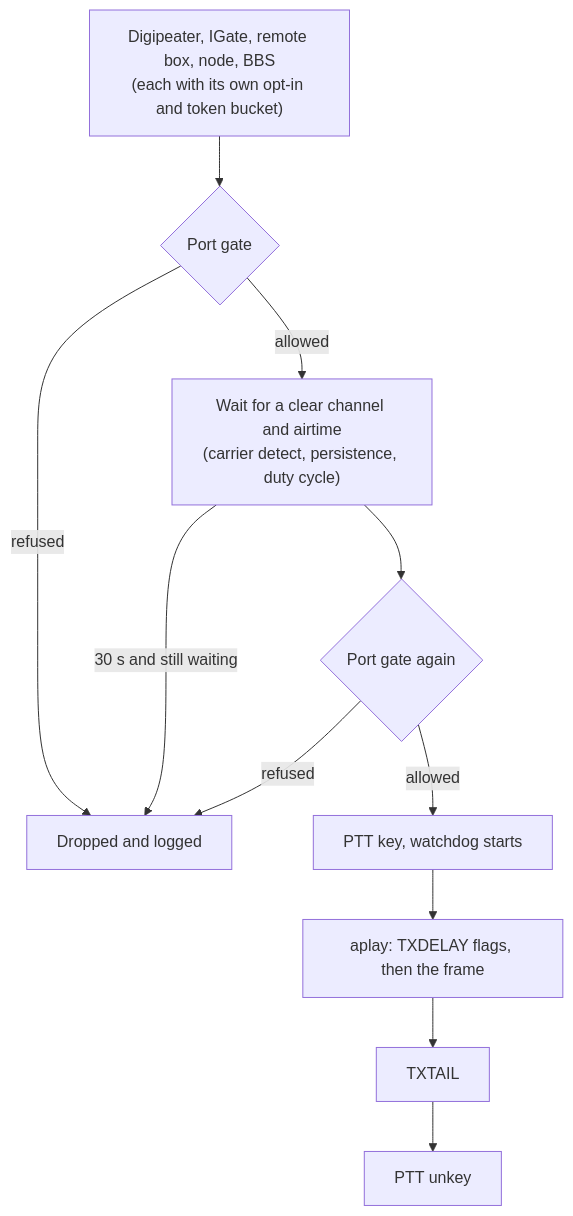
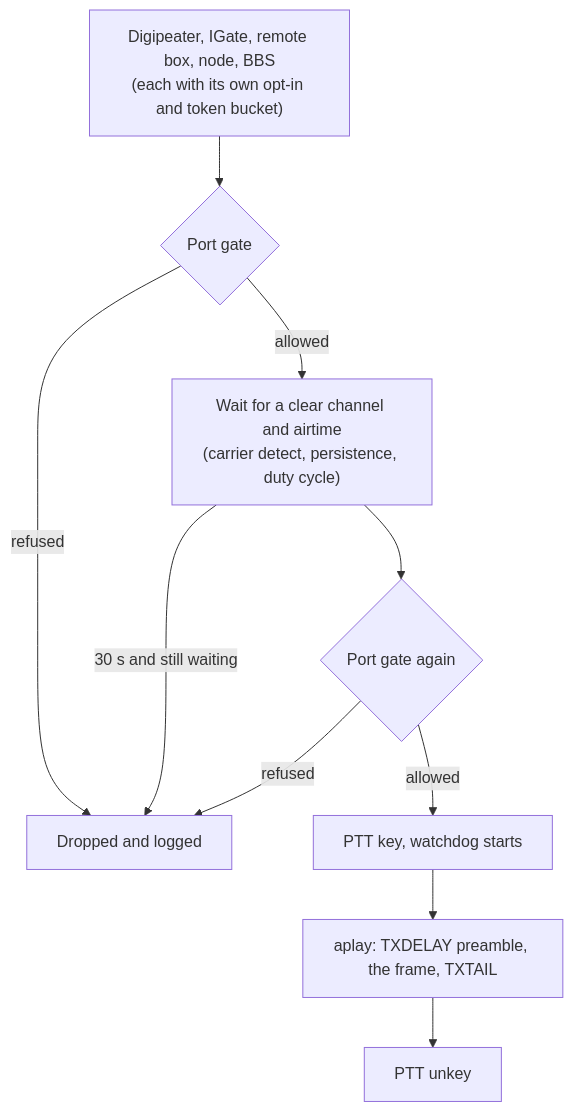
Before and after one commit to apachler/aprscaching: the diagram in docs/run/radios/soundcard.md, drawn with Mermaid. The commit also changed other lines of this file and 31 other files, not shown here.

````diff
--- a/docs/run/radios/soundcard.md
+++ b/docs/run/radios/soundcard.md
@@ -42,13 +47,12 @@
 ```mermaid
 flowchart TB
   fn["Digipeater, IGate, remote box, node, BBS<br/>(each with its own opt-in and token bucket)"] --> gate{"Port gate"}
   gate -- "refused" --> drop["Dropped and logged"]
   gate -- "allowed" --> csma["Wait for a clear channel and airtime<br/>(carrier detect, persistence, duty cycle)"]
   csma -- "30 s and still waiting" --> drop
   csma --> recheck{"Port gate again"}
   recheck -- "refused" --> drop
   recheck -- "allowed" --> key["PTT key, watchdog starts"]
-  key --> play["aplay: TXDELAY flags, then the frame"]
-  play --> tail["TXTAIL"]
-  tail --> unkey["PTT unkey"]
+  key --> play["aplay: TXDELAY preamble, the frame, TXTAIL"]
+  play --> unkey["PTT unkey"]
 ```
````
